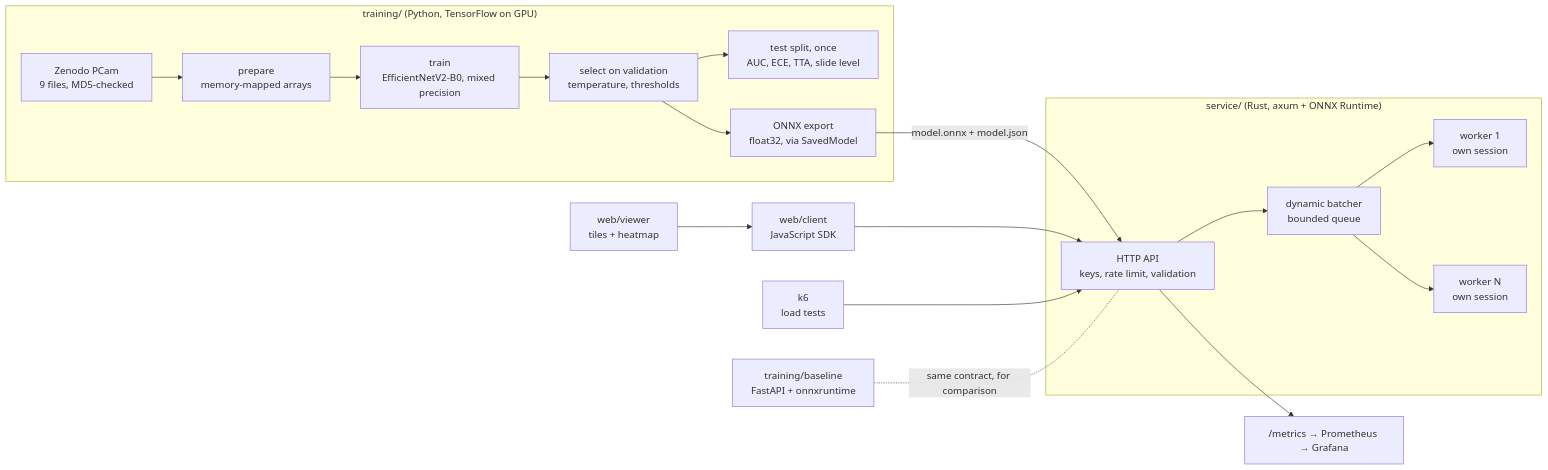
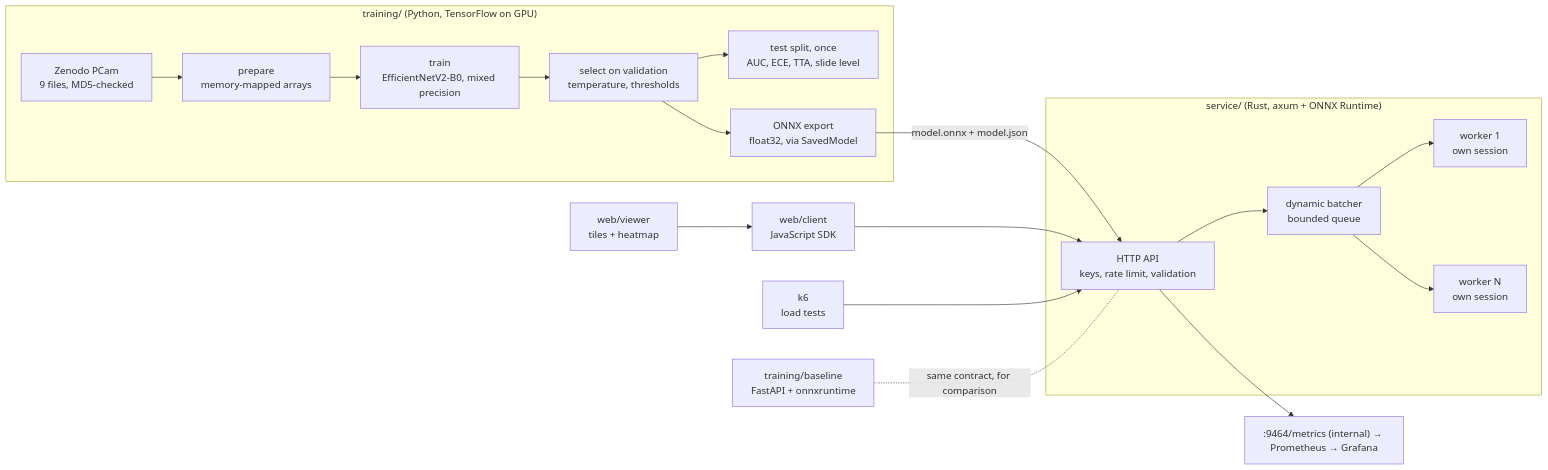
Before and after one commit to Tajaddin/pathology-inference-rs: the diagram in docs/ARCHITECTURE.md, drawn with Mermaid. The commit also changed 11 other files, not shown here.

First line of the commit message:
Label request metrics by route and serve /metrics on an internal port

````diff
--- a/docs/ARCHITECTURE.md
+++ b/docs/ARCHITECTURE.md
@@ -3,23 +3,23 @@
 ```mermaid
 flowchart LR
     subgraph Train["training/ (Python, TensorFlow on GPU)"]
         Z["Zenodo PCam<br/>9 files, MD5-checked"] --> P["prepare<br/>memory-mapped arrays"]
         P --> T["train<br/>EfficientNetV2-B0, mixed precision"]
         T --> V["select on validation<br/>temperature, thresholds"]
         V --> E["test split, once<br/>AUC, ECE, TTA, slide level"]
         V --> O["ONNX export<br/>float32, via SavedModel"]
     end
 
     O -->|"model.onnx + model.json"| S
 
     subgraph Serve["service/ (Rust, axum + ONNX Runtime)"]
         S["HTTP API<br/>keys, rate limit, validation"] --> B["dynamic batcher<br/>bounded queue"]
         B --> W1["worker 1<br/>own session"] & W2["worker N<br/>own session"]
     end
 
     J["web/client<br/>JavaScript SDK"] --> S
     UI["web/viewer<br/>tiles + heatmap"] --> J
     K["k6<br/>load tests"] --> S
     PY["training/baseline<br/>FastAPI + onnxruntime"] -. same contract, for comparison .- S
-    S --> M["/metrics → Prometheus → Grafana"]
+    S --> M[":9464/metrics (internal) → Prometheus → Grafana"]
 ```
````
